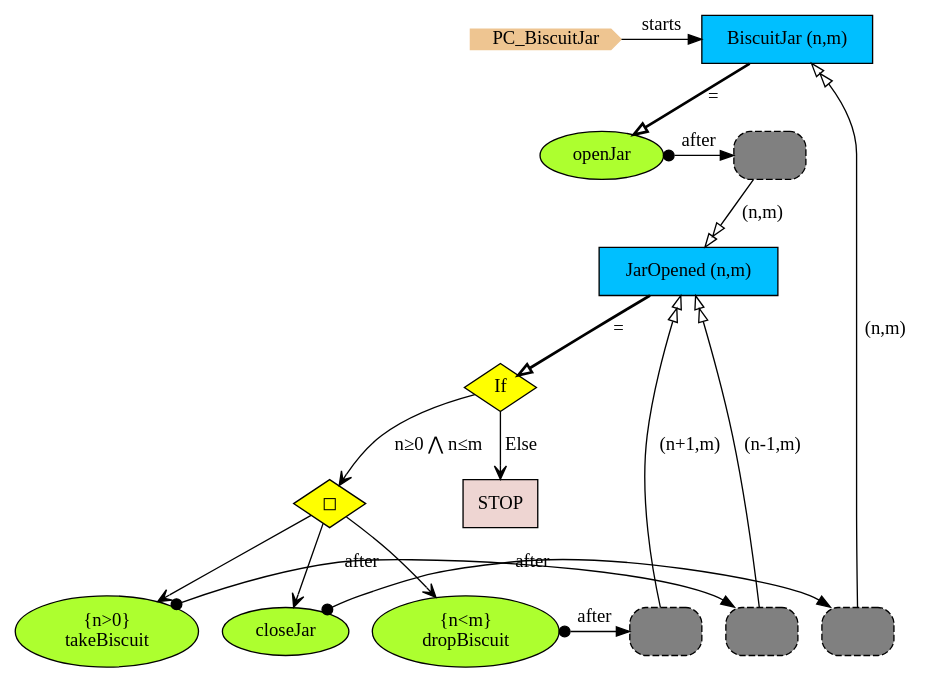
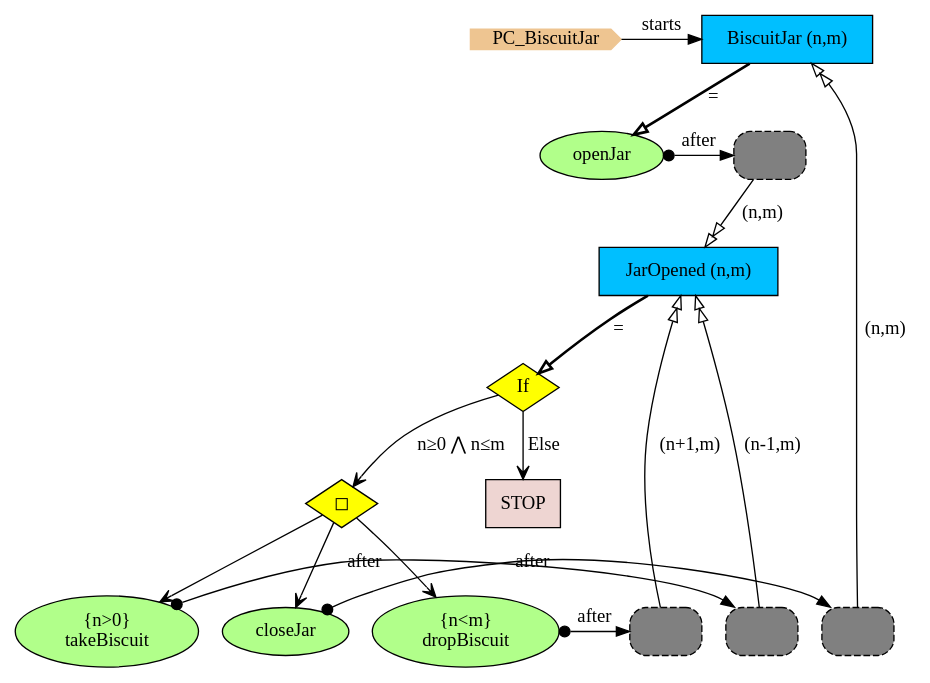
One commit to namalio/Fragmenta changed the diagram in Haskell/PCs/Examples/img/PC_BiscuitJar.gv. Above: the diagram before and after it, drawn with Graphviz. The commit also changed 70 other files, not shown here.

```diff
--- a/Haskell/PCs/Examples/img/PC_BiscuitJar.gv
+++ b/Haskell/PCs/Examples/img/PC_BiscuitJar.gv
@@ -1,43 +1,43 @@
 digraph {
 
 StartN_ [shape = cds,color=burlywood2,style=filled,height=.2,width=.2, label =PC_BiscuitJar];
 
 BiscuitJar [shape=box,fillcolor=deepskyblue,style = filled,label="BiscuitJar (n,m)"];
-RefJarOpened1f4d2e68 [shape=rectangle,fillcolor=gray,style="rounded,filled,dashed",label=""];
-OpIf17752474 [shape=diamond,fillcolor=yellow,style=filled,label="If"];
-Stop71b85c62 [shape=box,fillcolor=mistyrose2,style = filled,label="STOP"];
-RefBiscuitJar61836503 [shape=rectangle,fillcolor=gray,style="rounded,filled,dashed",label=""];
-dropBiscuit [shape=ellipse,fillcolor=greenyellow,style=filled,label=" {n<m}
+RefJarOpened48a9d59f [shape=rectangle,fillcolor=gray,style="rounded,filled,dashed",label=""];
+OpIf5c837905 [shape=diamond,fillcolor=yellow,style=filled,label="If"];
+Op76e86096 [shape=diamond,fillcolor=yellow,style=filled,label="◻︎"];
+dropBiscuit [shape=ellipse,fillcolor="#B1FF8A",style=filled,label=" {n<m}
 dropBiscuit"];
-RefJarOpened3c206c5d [shape=rectangle,fillcolor=gray,style="rounded,filled,dashed",label=""];
-RefJarOpened19efc594 [shape=rectangle,fillcolor=gray,style="rounded,filled,dashed",label=""];
-takeBiscuit [shape=ellipse,fillcolor=greenyellow,style=filled,label=" {n>0}
+RefBiscuitJar1b20c952 [shape=rectangle,fillcolor=gray,style="rounded,filled,dashed",label=""];
+RefJarOpenedc25494f [shape=rectangle,fillcolor=gray,style="rounded,filled,dashed",label=""];
+RefJarOpened789d1e69 [shape=rectangle,fillcolor=gray,style="rounded,filled,dashed",label=""];
+closeJar [shape=ellipse,fillcolor="#B1FF8A",style=filled,label="closeJar"];
+takeBiscuit [shape=ellipse,fillcolor="#B1FF8A",style=filled,label=" {n>0}
 takeBiscuit"];
-closeJar [shape=ellipse,fillcolor=greenyellow,style=filled,label="closeJar"];
-Op7701253 [shape=diamond,fillcolor=yellow,style=filled,label="◻︎"];
+Stop2d5464f [shape=box,fillcolor=mistyrose2,style = filled,label="STOP"];
 JarOpened [shape=box,fillcolor=deepskyblue,style = filled,label="JarOpened (n,m)"];
-openJar [shape=ellipse,fillcolor=greenyellow,style=filled,label="openJar"];
+openJar [shape=ellipse,fillcolor="#B1FF8A",style=filled,label="openJar"];
 
-{rank=same;RefJarOpened19efc594,dropBiscuit}
-{rank=same;RefJarOpened1f4d2e68,openJar}
-{rank=same;RefBiscuitJar61836503,closeJar}
-{rank=same;RefJarOpened3c206c5d,takeBiscuit}
+{rank=same;RefJarOpened789d1e69,dropBiscuit}
+{rank=same;RefJarOpened48a9d59f,openJar}
+{rank=same;RefJarOpenedc25494f,takeBiscuit}
+{rank=same;RefBiscuitJar1b20c952,closeJar}
 {rank=same;BiscuitJar,StartN_}
 
-RefJarOpened3c206c5d->JarOpened[arrowhead="normalnormal",fillcolor=white,label=" (n-1,m)"];
-dropBiscuit->RefJarOpened19efc594[arrowtail=dot,dir=both,label="after"];
-RefBiscuitJar61836503->BiscuitJar[arrowhead="normalnormal",fillcolor=white,label=" (n,m)"];
-Op7701253->dropBiscuit[arrowhead="open"];
-Op7701253->closeJar[arrowhead="open"];
-OpIf17752474->Op7701253[arrowhead="open",label="n≥0 ⋀ n≤m"];
-openJar->RefJarOpened1f4d2e68[arrowtail=dot,dir=both,label="after"];
-RefJarOpened1f4d2e68->JarOpened[arrowhead="normalnormal",fillcolor=white,label=" (n,m)"];
-OpIf17752474->Stop71b85c62[arrowhead="open",label="Else"];
-Op7701253->takeBiscuit[arrowhead="open"];
-closeJar->RefBiscuitJar61836503[arrowtail=dot,dir=both,label="after"];
-takeBiscuit->RefJarOpened3c206c5d[arrowtail=dot,dir=both,label="after"];
-RefJarOpened19efc594->JarOpened[arrowhead="normalnormal",fillcolor=white,label=" (n+1,m)"];
+RefJarOpenedc25494f->JarOpened[arrowhead="normalnormal",fillcolor=white,label=" (n-1,m)"];
+RefBiscuitJar1b20c952->BiscuitJar[arrowhead="normalnormal",fillcolor=white,label=" (n,m)"];
+dropBiscuit->RefJarOpened789d1e69[arrowtail=dot,dir=both,label="after"];
+Op76e86096->closeJar[arrowhead="open"];
+Op76e86096->takeBiscuit[arrowhead="open"];
+OpIf5c837905->Op76e86096[arrowhead="open",label="n≥0 ⋀ n≤m"];
+openJar->RefJarOpened48a9d59f[arrowtail=dot,dir=both,label="after"];
+RefJarOpened48a9d59f->JarOpened[arrowhead="normalnormal",fillcolor=white,label=" (n,m)"];
+OpIf5c837905->Stop2d5464f[arrowhead="open",label="Else"];
+Op76e86096->dropBiscuit[arrowhead="open"];
+takeBiscuit->RefJarOpenedc25494f[arrowtail=dot,dir=both,label="after"];
+closeJar->RefBiscuitJar1b20c952[arrowtail=dot,dir=both,label="after"];
+RefJarOpened789d1e69->JarOpened[arrowhead="normalnormal",fillcolor=white,label=" (n+1,m)"];
 BiscuitJar->openJar[arrowhead="onormal",penwidth=2,label="="];
-JarOpened->OpIf17752474[arrowhead="onormal",penwidth=2,label="="];
+JarOpened->OpIf5c837905[arrowhead="onormal",penwidth=2,label="="];
 StartN_->BiscuitJar[label="starts"];
 }
```
